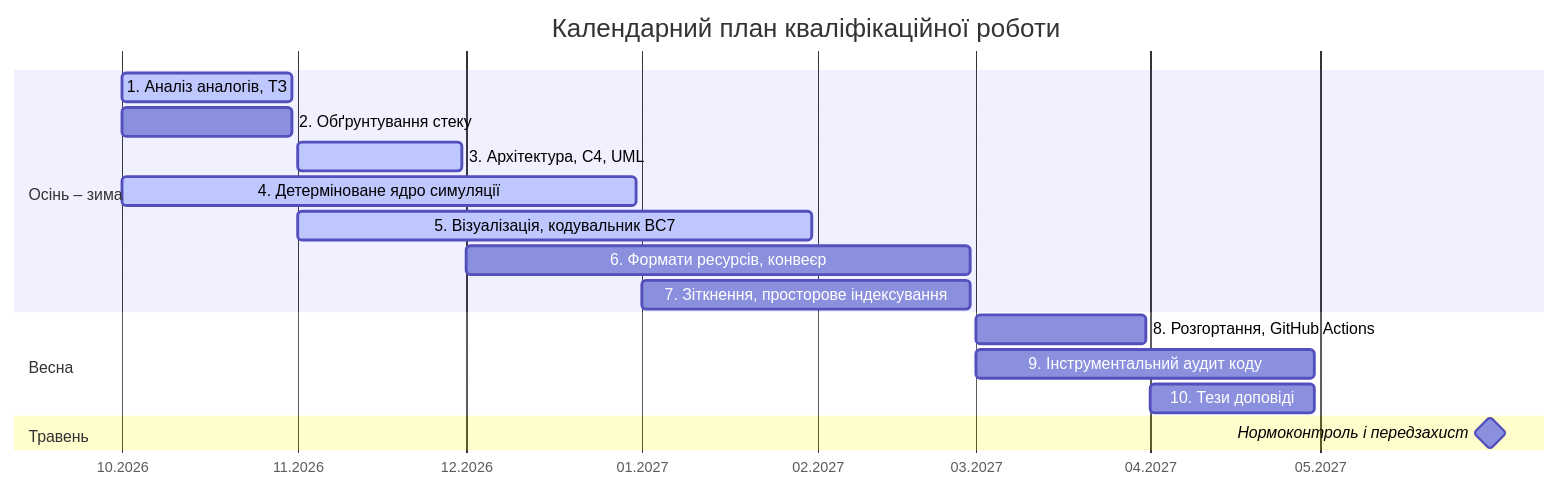
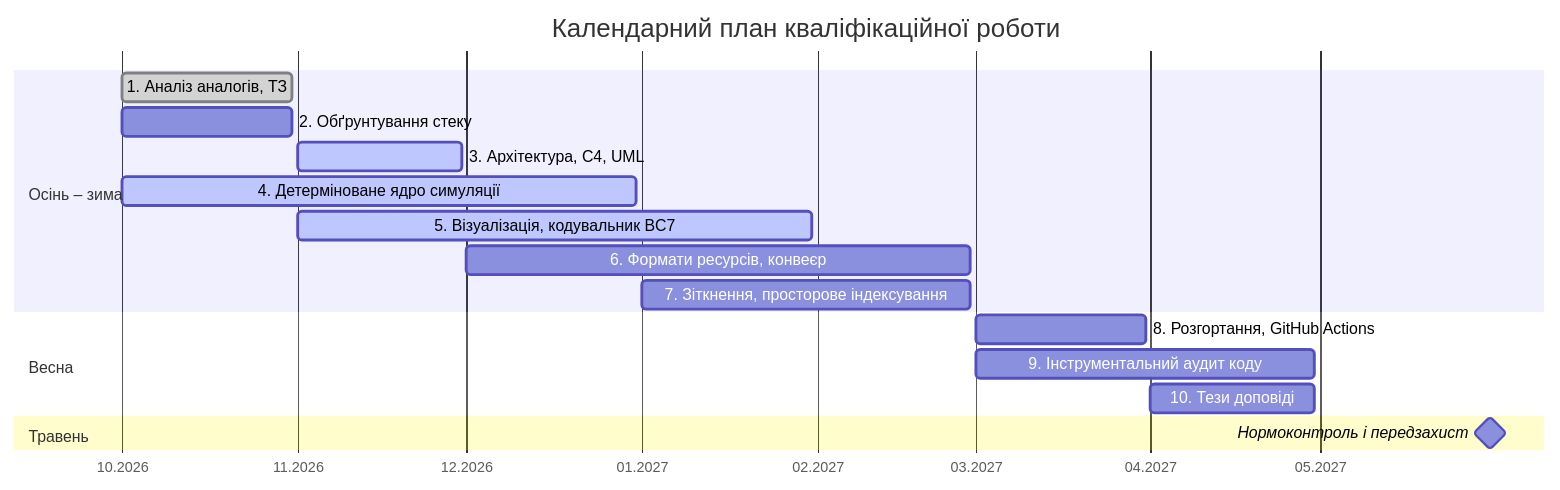
The diagram in docs/README.md (kostenuksoft/th-esis), drawn with Mermaid before and after one commit. The commit also changed other lines of this file and 1 other file, not shown here.

````diff
--- a/docs/README.md
+++ b/docs/README.md
@@ -37,20 +59,20 @@
 ```mermaid
 gantt
     title Календарний план кваліфікаційної роботи
     dateFormat YYYY-MM-DD
     axisFormat %m.%Y
     section Осінь – зима
-    1. Аналіз аналогів, ТЗ                 :active, s1, 2026-10-01, 2026-10-31
+    1. Аналіз аналогів, ТЗ                 :done, s1, 2026-10-01, 2026-10-31
     2. Обґрунтування стеку                 :s2, 2026-10-01, 2026-10-31
     3. Архітектура, C4, UML                :active, s3, 2026-11-01, 2026-11-30
     4. Детерміноване ядро симуляції        :active, s4, 2026-10-01, 2026-12-31
     5. Візуалізація, кодувальник BC7       :active, s5, 2026-11-01, 2027-01-31
     6. Формати ресурсів, конвеєр           :s6, 2026-12-01, 2027-02-28
     7. Зіткнення, просторове індексування  :s7, 2027-01-01, 2027-02-28
     section Весна
     8. Розгортання, GitHub Actions         :s8, 2027-03-01, 2027-03-31
     9. Інструментальний аудит коду         :s9, 2027-03-01, 2027-04-30
     10. Тези доповіді                      :s10, 2027-04-01, 2027-04-30
     section Травень
     Нормоконтроль і передзахист            :milestone, m1, 2027-05-31, 0d
 ```
````
